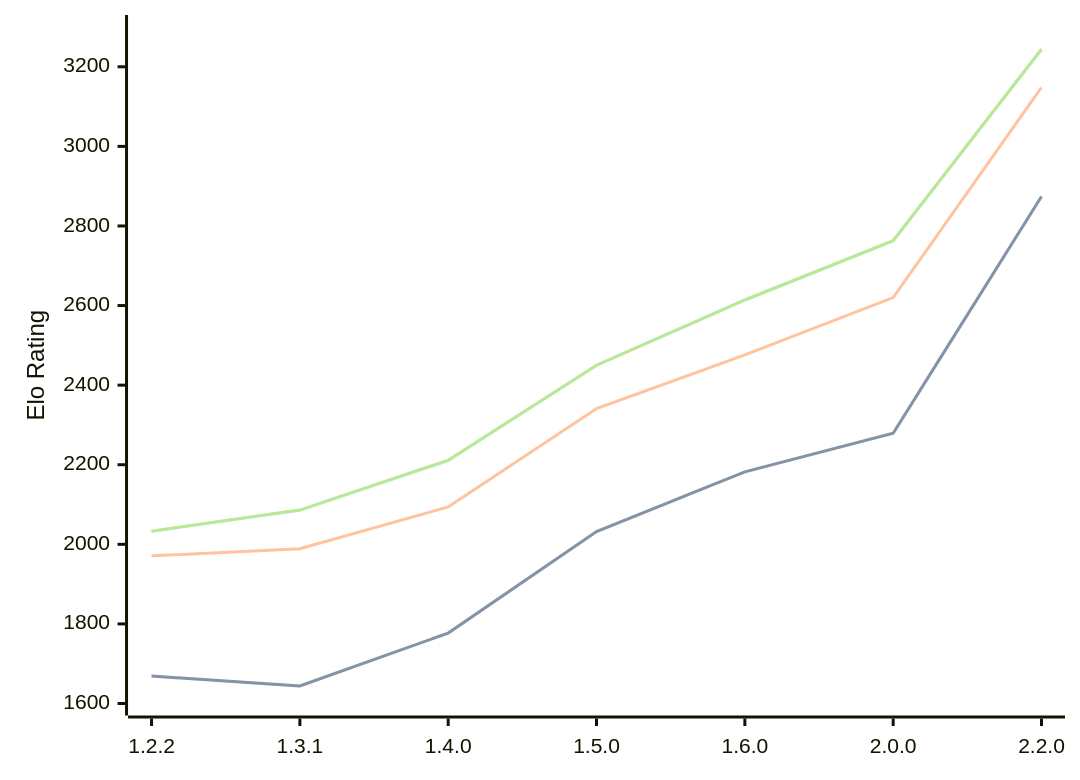
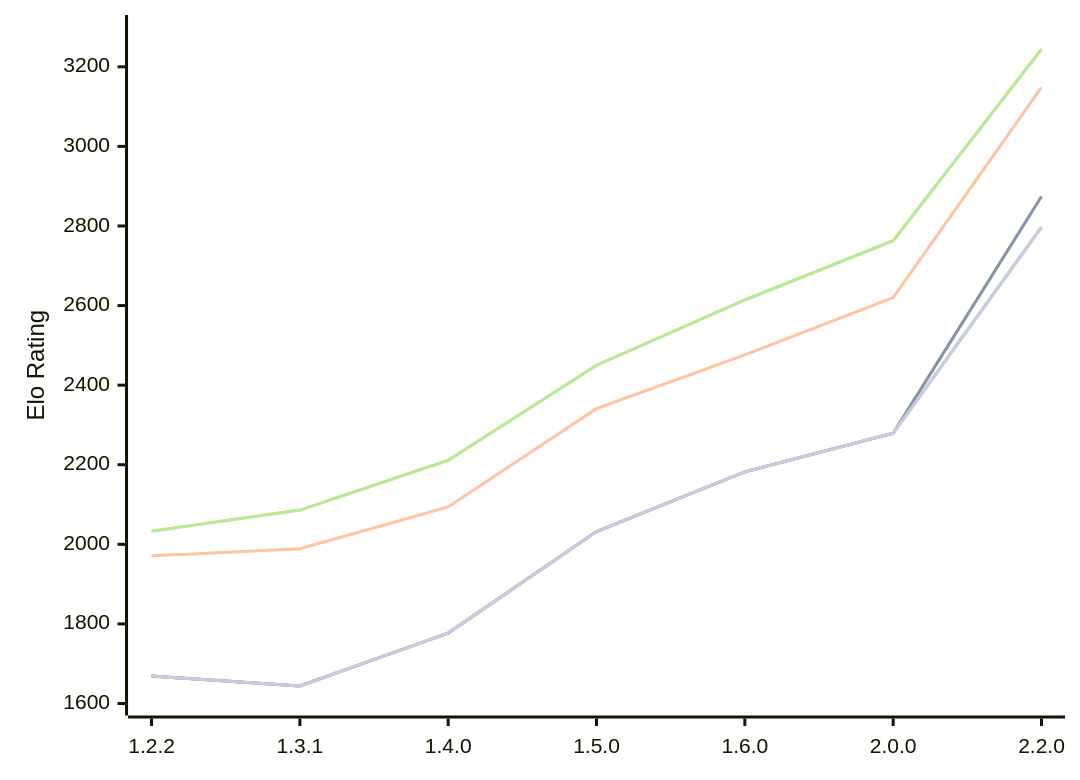
The diagram in engines/SoloEngine.md (computer-chess-index/cci), drawn with Mermaid before and after one commit. The commit also changed other lines of this file, not shown here.

Commit message:
Update CCI Ratings (ELO VLTC) - 2026-10-11

````diff
--- a/engines/SoloEngine.md
+++ b/engines/SoloEngine.md
@@ -53,16 +53,13 @@
 ```mermaid
 %%{init: {"theme":"base","themeVariables":{"seriesColors:['#a3a3a3','#222221','#faa371']}}}%%
 xychart-beta
   x-axis ["1.2.2", "1.3.1", "1.4.0", "1.5.0", "1.6.0", "2.0.0", "2.2.0"]
   y-axis "Elo Rating" 1600 --> 3300
   line "" [1669, 1644, 1777, 2032, 2182, 2279, 2874]
   line "T1: STC (8.0+0.08s)" [1669, 1644, 1777, 2032, 2182, 2279, 2874]
   line "T1: LTC (60.0+0.60s)" [1971, 1989, 2094, 2341, 2476, 2620, 3148]
   line "" [2033, 2086, 2211, 2450, 2614, 2763, 3244]
   line "T1: VLTC (2m24s+1.12s)" [2033, 2086, 2211, 2450, 2614, 2763, 3244]
-  line "" [2786]
-  line "E1: STC (8.0+0.08s)" [2786]
-  line "E1: LTC (60.0+0.60s)" [3075]
-  line "" [3136]
-  line "E1: VLTC (2m24s+1.12s)" [3136]
+  line "" [1669, 1644, 1777, 2032, 2182, 2279,2797]
+  line "E1: STC (8.0+0.08s)" [1669, 1644, 1777, 2032, 2182, 2279,2797]
 ```
````
